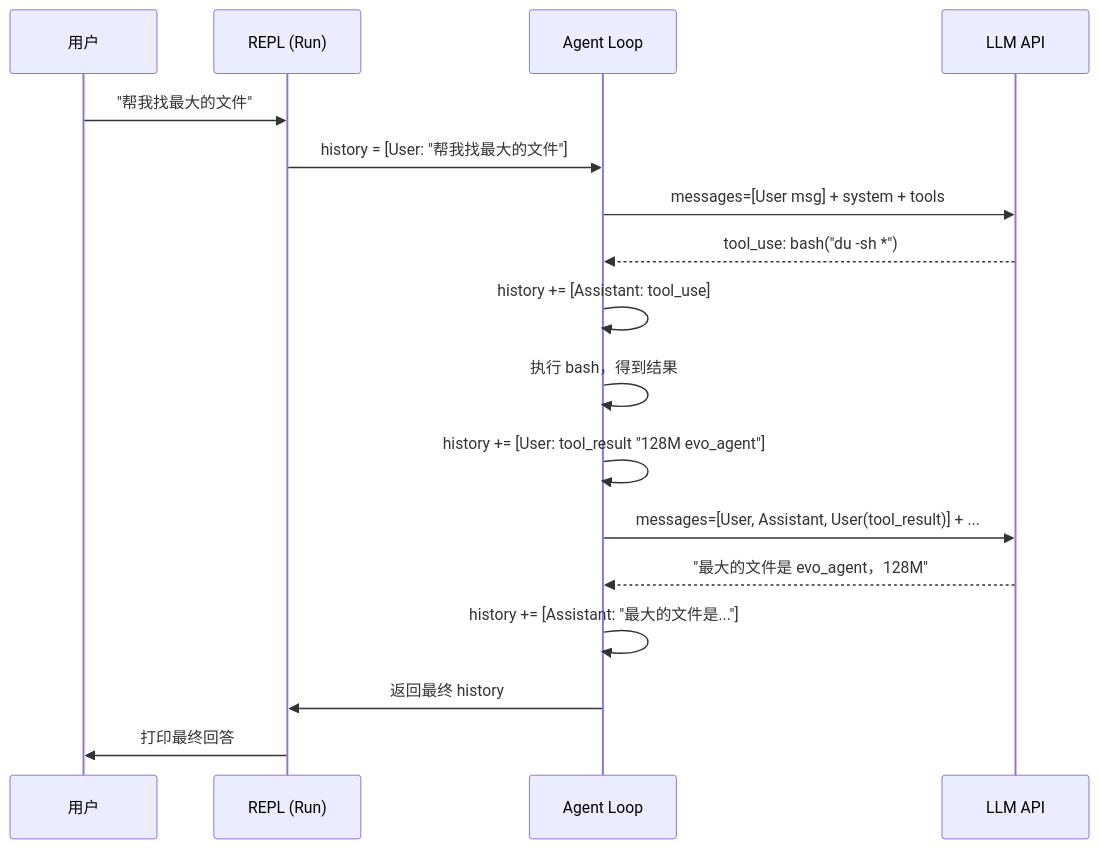
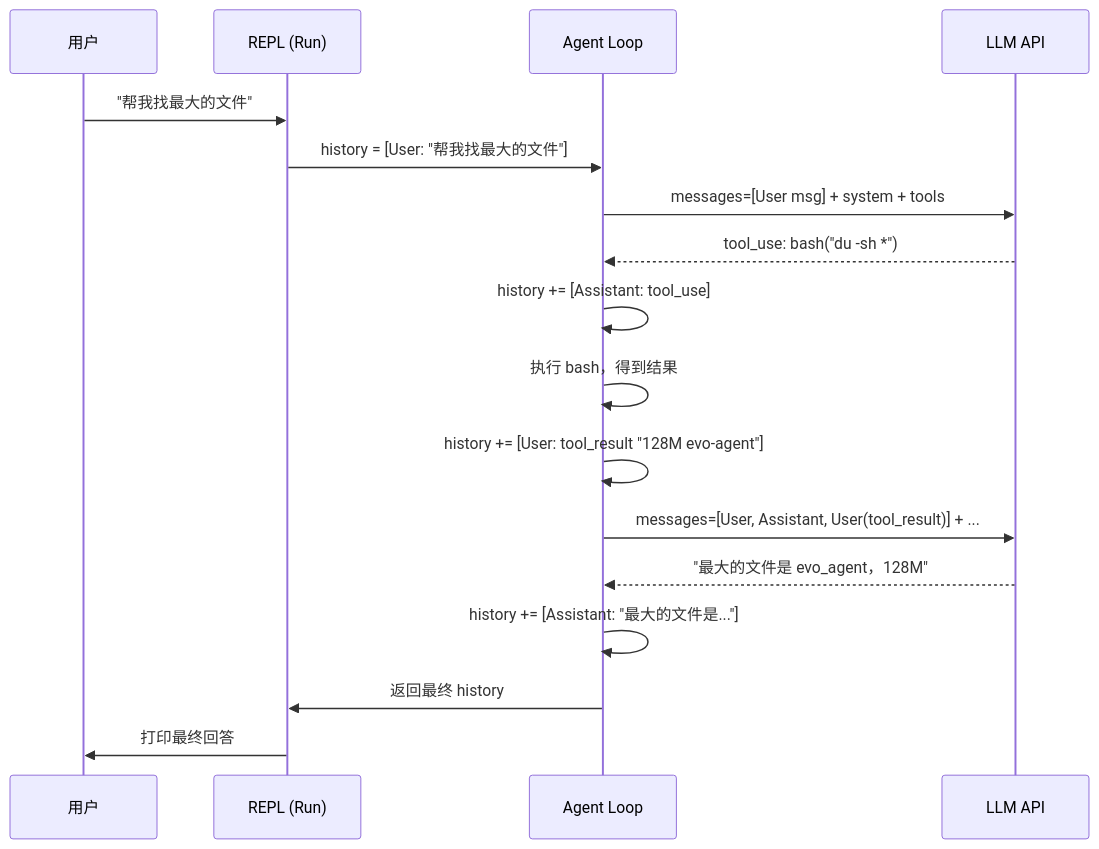
One commit to tiankonguse/evo-agent changed the third of 4 diagrams in blog/03-prompts.md. Above: the diagram before and after it, drawn with Mermaid. The commit also changed other lines of this file and 21 other files, not shown here.

Commit message:
refactor: rename .evo_agent to .evo-agent and update references

````diff
--- a/blog/03-prompts.md
+++ b/blog/03-prompts.md
@@ -491,23 +491,23 @@
 ```mermaid
 sequenceDiagram
     participant User as 用户
     participant REPL as REPL (Run)
     participant AgentLoop as Agent Loop
     participant LLM as LLM API
 
     User->>REPL: "帮我找最大的文件"
     REPL->>AgentLoop: history = [User: "帮我找最大的文件"]
 
     AgentLoop->>LLM: messages=[User msg] + system + tools
     LLM-->>AgentLoop: tool_use: bash("du -sh *")
     AgentLoop->>AgentLoop: history += [Assistant: tool_use]
     AgentLoop->>AgentLoop: 执行 bash，得到结果
-    AgentLoop->>AgentLoop: history += [User: tool_result "128M evo_agent"]
+    AgentLoop->>AgentLoop: history += [User: tool_result "128M evo-agent"]
 
     AgentLoop->>LLM: messages=[User, Assistant, User(tool_result)] + ...
     LLM-->>AgentLoop: "最大的文件是 evo_agent，128M"
     AgentLoop->>AgentLoop: history += [Assistant: "最大的文件是..."]
 
     AgentLoop->>REPL: 返回最终 history
     REPL->>User: 打印最终回答
 ```
````
